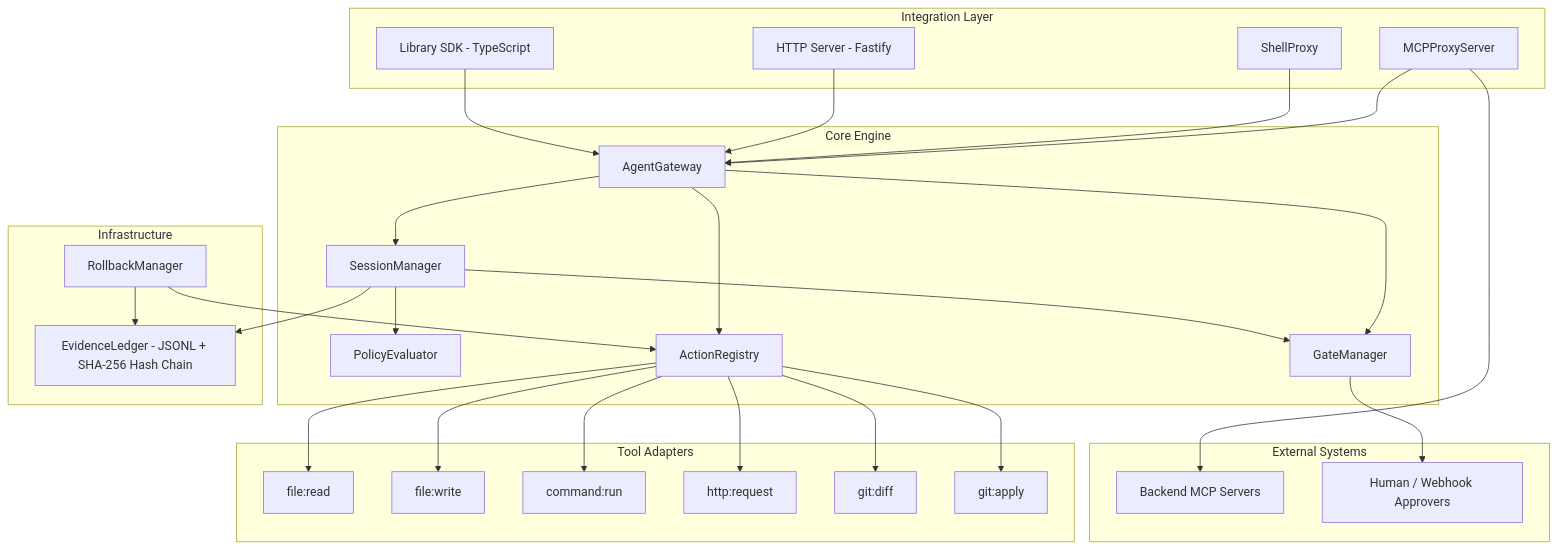
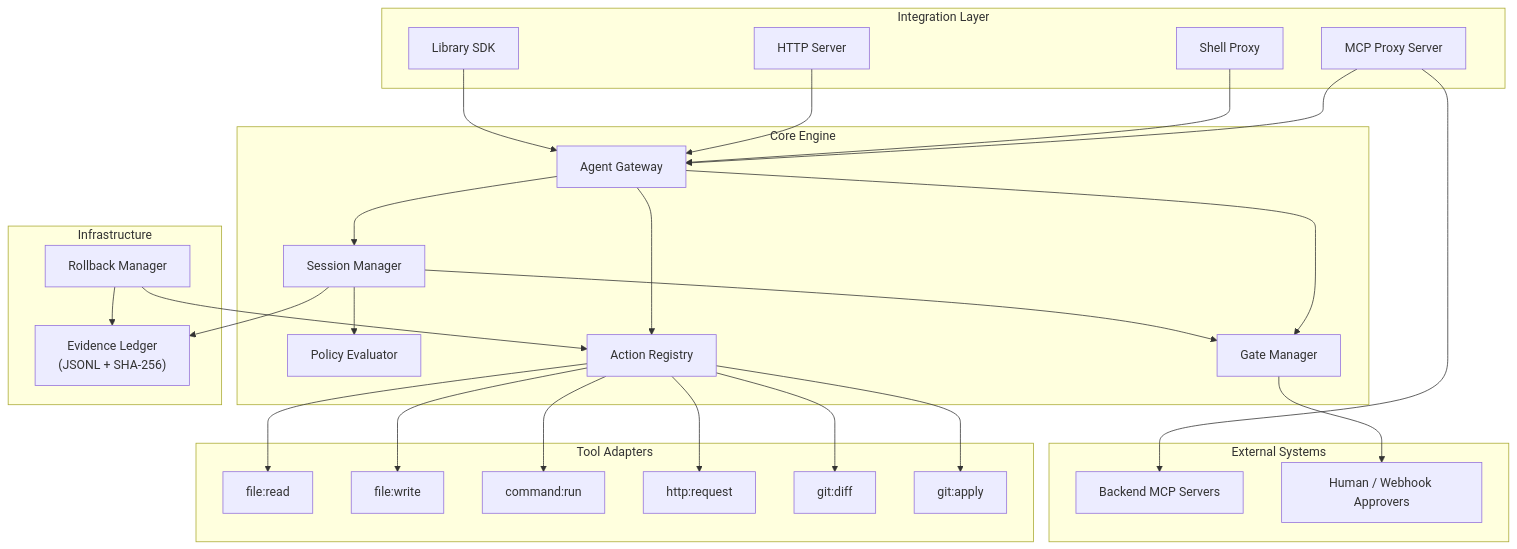
One commit to elliot35/deterministic-agent-control-protocol changed the second of 4 diagrams in README.md. Above: the diagram before and after it, drawn with Mermaid. The commit also changed other lines of this file and 2 other files, not shown here.

````diff
--- a/README.md
+++ b/README.md
@@ -270,62 +318,62 @@
 ```mermaid
 graph TB
-    subgraph ExternalSystems [External Systems]
+    subgraph External["External Systems"]
         BackendMCP["Backend MCP Servers"]
-        HumanApprover["Human / Webhook Approvers"]
+        Approvers["Human / Webhook Approvers"]
     end
 
-    subgraph IntegrationLayer [Integration Layer]
-        MCPProxy["MCPProxyServer"]
-        ShellProxyNode["ShellProxy"]
-        HTTPServer["HTTP Server - Fastify"]
-        LibrarySDK["Library SDK - TypeScript"]
+    subgraph Integration["Integration Layer"]
+        MCPProxy["MCP Proxy Server"]
+        ShellProxy["Shell Proxy"]
+        HTTPServer["HTTP Server"]
+        LibrarySDK["Library SDK"]
     end
 
-    subgraph CoreEngine [Core Engine]
-        Gateway["AgentGateway"]
-        SessionMgr["SessionManager"]
-        PolicyEval["PolicyEvaluator"]
-        GateMgr["GateManager"]
-        Registry["ActionRegistry"]
+    subgraph Core["Core Engine"]
+        Gateway["Agent Gateway"]
+        SessionMgr["Session Manager"]
+        PolicyEval["Policy Evaluator"]
+        GateMgr["Gate Manager"]
+        ActionReg["Action Registry"]
     end
 
-    subgraph InfraLayer [Infrastructure]
-        Ledger["EvidenceLedger - JSONL + SHA-256 Hash Chain"]
-        Rollback["RollbackManager"]
+    subgraph Infra["Infrastructure"]
+        Ledger["Evidence Ledger<br/>(JSONL + SHA-256)"]
+        Rollback["Rollback Manager"]
     end
 
-    subgraph ToolAdapters [Tool Adapters]
-        FileRead["file:read"]
-        FileWrite["file:write"]
-        CommandRun["command:run"]
-        HttpReq["http:request"]
-        GitDiff["git:diff"]
-        GitApply["git:apply"]
+    subgraph Tools["Tool Adapters"]
+        FR["file:read"]
+        FW["file:write"]
+        CR["command:run"]
+        HR["http:request"]
+        GD["git:diff"]
+        GA["git:apply"]
     end
 
     MCPProxy --> Gateway
-    ShellProxyNode --> Gateway
+    ShellProxy --> Gateway
     HTTPServer --> Gateway
     LibrarySDK --> Gateway
 
     Gateway --> SessionMgr
-    Gateway --> Registry
+    Gateway --> ActionReg
     Gateway --> GateMgr
 
     SessionMgr --> PolicyEval
     SessionMgr --> GateMgr
     SessionMgr --> Ledger
 
-    Registry --> FileRead
-    Registry --> FileWrite
-    Registry --> CommandRun
-    Registry --> HttpReq
-    Registry --> GitDiff
-    Registry --> GitApply
+    ActionReg --> FR
+    ActionReg --> FW
+    ActionReg --> CR
+    ActionReg --> HR
+    ActionReg --> GD
+    ActionReg --> GA
 
-    Rollback --> Registry
+    Rollback --> ActionReg
     Rollback --> Ledger
 
     MCPProxy --> BackendMCP
-    GateMgr --> HumanApprover
+    GateMgr --> Approvers
 ```
````
